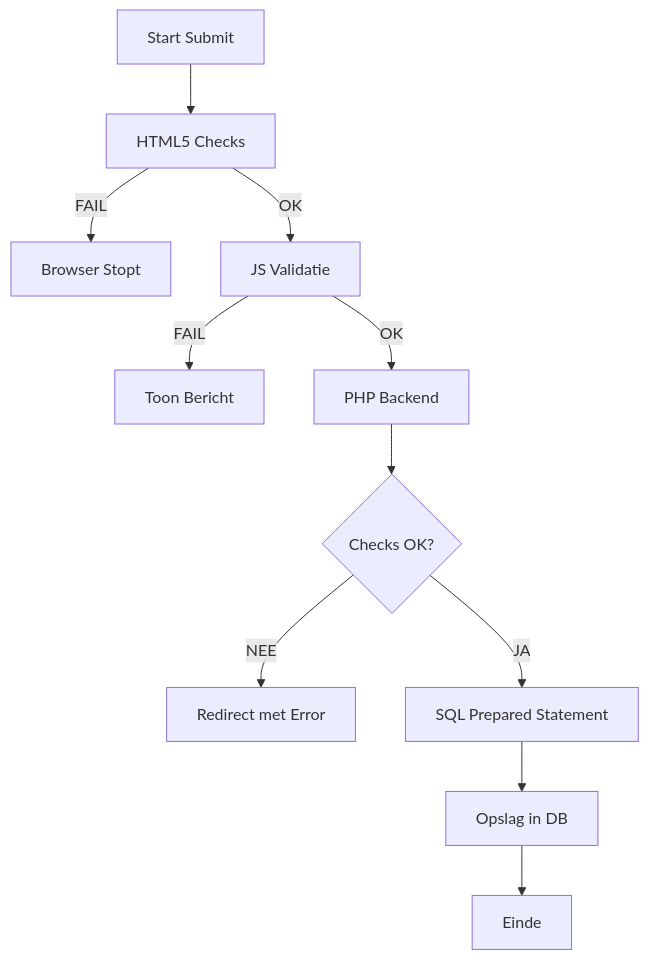
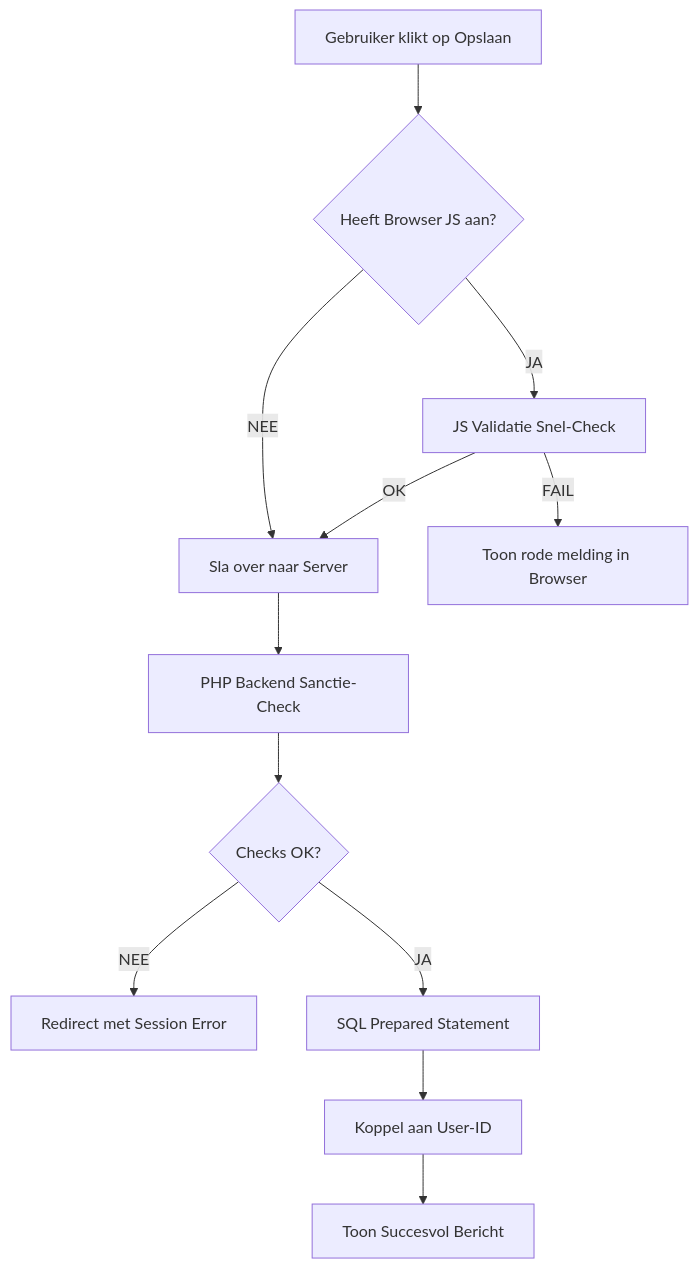
Before and after one commit to Harsha2006217/gameplan-scheduler: the diagram in ALGORITMEN_LOGICA_NL.md, drawn with Mermaid. The commit also changed other lines of this file and 3 other files, not shown here.

````diff
--- a/ALGORITMEN_LOGICA_NL.md
+++ b/ALGORITMEN_LOGICA_NL.md
@@ -100,13 +106,14 @@
 ```mermaid
 graph TD
-    A[Start Submit] --> B[HTML5 Checks]
-    B -- FAIL --> C[Browser Stopt]
-    B -- OK --> D[JS Validatie]
-    D -- FAIL --> E[Toon Bericht]
-    D -- OK --> F[PHP Backend]
+    A[Gebruiker klikt op Opslaan] --> B{Heeft Browser JS aan?}
+    B -- JA --> C[JS Validatie Snel-Check]
+    B -- NEE --> D[Sla over naar Server]
+    C -- FAIL --> E[Toon rode melding in Browser]
+    C -- OK --> D
+    D --> F[PHP Backend Sanctie-Check]
     F --> G{Checks OK?}
-    G -- NEE --> H[Redirect met Error]
+    G -- NEE --> H[Redirect met Session Error]
     G -- JA --> I[SQL Prepared Statement]
-    I --> J[Opslag in DB]
-    J --> K[Einde]
+    I --> J[Koppel aan User-ID]
+    J --> K[Toon Succesvol Bericht]
 ```
````
